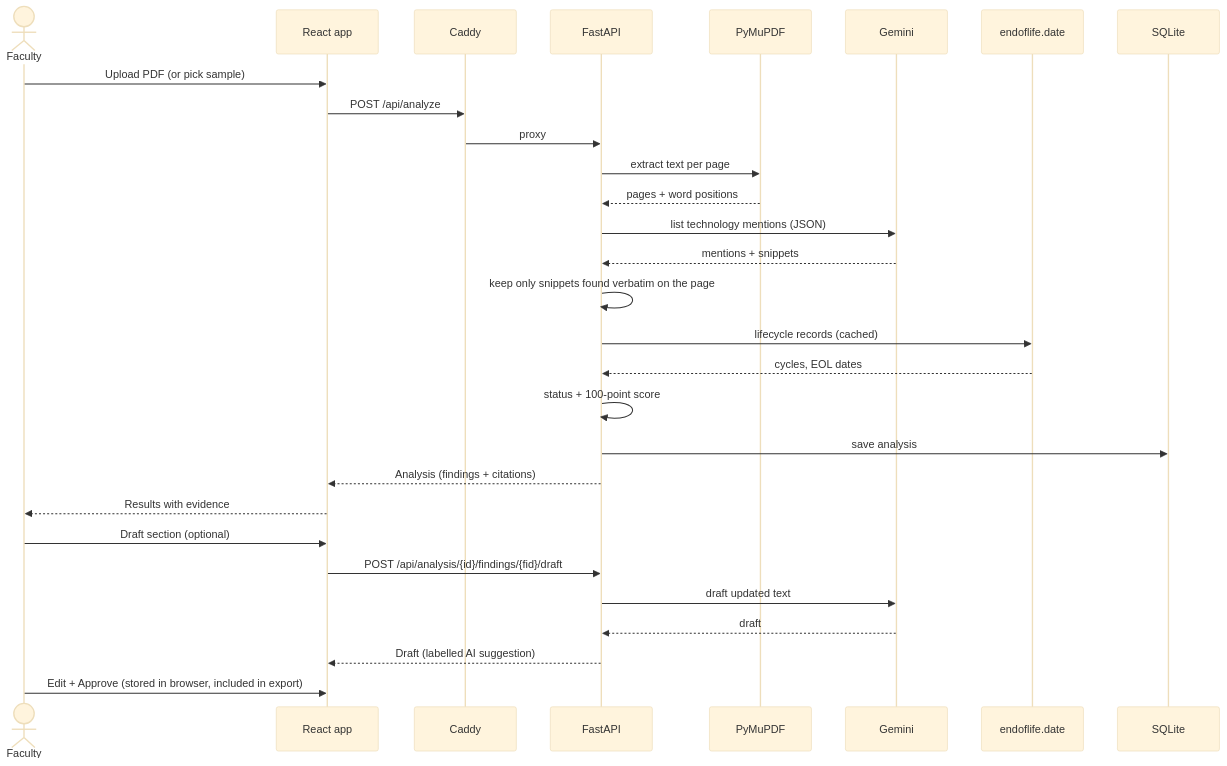
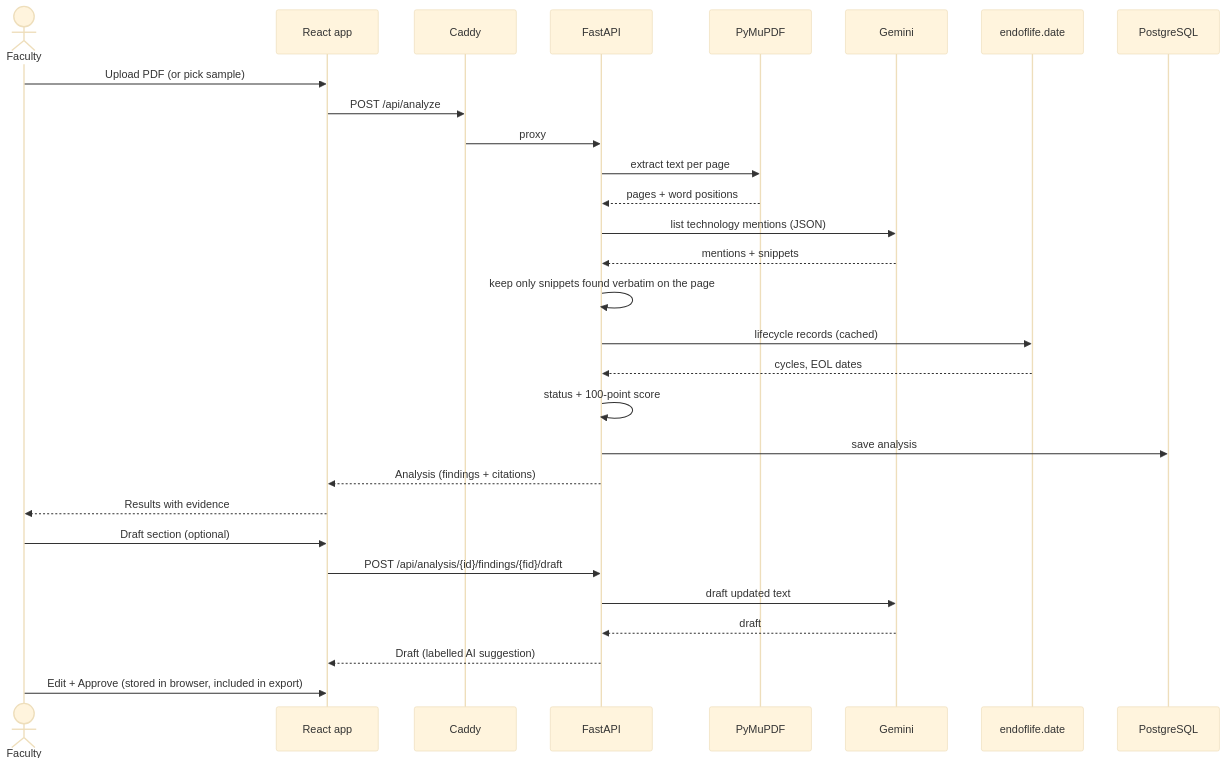
One commit to educ-jkescritor/GroundEd changed the third of 4 diagrams in docs/architecture.md. Above: the diagram before and after it, drawn with Mermaid (base theme). The commit also changed other lines of this file and 6 other files, not shown here.

First line of the commit message:
Update docs and diagram to the agreed stack

````diff
--- a/docs/architecture.md
+++ b/docs/architecture.md
@@ -40,32 +40,32 @@
 ```mermaid
 sequenceDiagram
     actor F as Faculty
     participant W as React app
     participant C as Caddy
     participant A as FastAPI
     participant P as PyMuPDF
     participant G as Gemini
     participant E as endoflife.date
-    participant D as SQLite
+    participant D as PostgreSQL
 
     F->>W: Upload PDF (or pick sample)
     W->>C: POST /api/analyze
     C->>A: proxy
     A->>P: extract text per page
     P-->>A: pages + word positions
     A->>G: list technology mentions (JSON)
     G-->>A: mentions + snippets
     A->>A: keep only snippets found verbatim on the page
     A->>E: lifecycle records (cached)
     E-->>A: cycles, EOL dates
     A->>A: status + 100-point score
     A->>D: save analysis
     A-->>W: Analysis (findings + citations)
     W-->>F: Results with evidence
     F->>W: Draft section (optional)
     W->>A: POST /api/analysis/{id}/findings/{fid}/draft
     A->>G: draft updated text
     G-->>A: draft
     A-->>W: Draft (labelled AI suggestion)
     F->>W: Edit + Approve (stored in browser, included in export)
 ```
````
